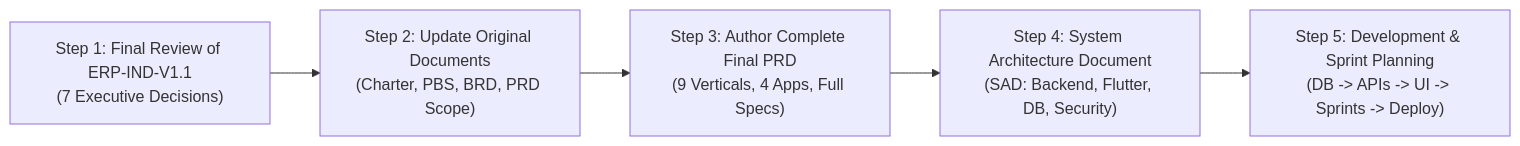
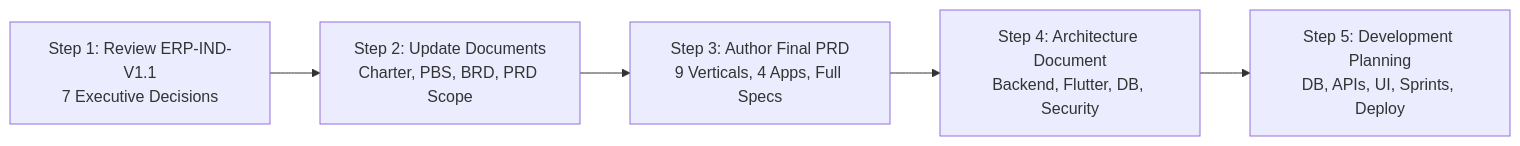
Before and after one commit to programmerfiroz/all-in-one: the diagram in README.md, drawn with Mermaid.

Commit message:
fix(readme): fix mermaid syntax error for github rich display rendering

````diff
--- a/README.md
+++ b/README.md
@@ -112,7 +112,7 @@
 ```mermaid
 flowchart LR
-    S1["Step 1: Final Review of ERP-IND-V1.1\n(7 Executive Decisions)"] --> S2["Step 2: Update Original Documents\n(Charter, PBS, BRD, PRD Scope)"]
-    S2 --> S3["Step 3: Author Complete Final PRD\n(9 Verticals, 4 Apps, Full Specs)"]
-    S3 --> S4["Step 4: System Architecture Document\n(SAD: Backend, Flutter, DB, Security)"]
-    S4 --> S5["Step 5: Development & Sprint Planning\n(DB -> APIs -> UI -> Sprints -> Deploy)"]
+    S1["Step 1: Review ERP-IND-V1.1<br/>7 Executive Decisions"] --> S2["Step 2: Update Documents<br/>Charter, PBS, BRD, PRD Scope"]
+    S2 --> S3["Step 3: Author Final PRD<br/>9 Verticals, 4 Apps, Full Specs"]
+    S3 --> S4["Step 4: Architecture Document<br/>Backend, Flutter, DB, Security"]
+    S4 --> S5["Step 5: Development Planning<br/>DB, APIs, UI, Sprints, Deploy"]
 ```
````
